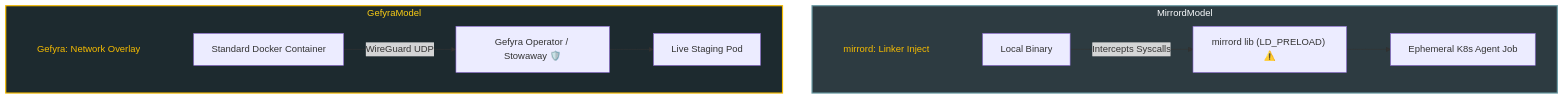
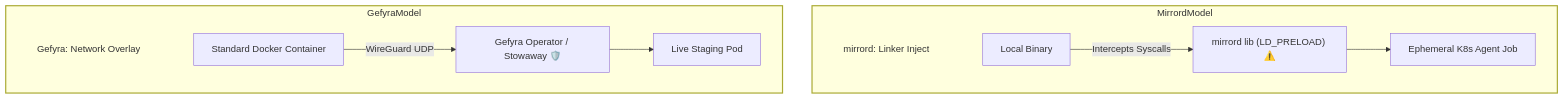
Before and after one commit to gefyrahq/gefyra: the diagram in gefyra-docs/content/en/7.comparisons/2.gefyra-vs-mirrord.md, drawn with Mermaid. The commit also changed 12 other files, not shown here.

Commit message:
feat(#MARKETING-1226): update theme and styling for Mermaid diagrams across documentation

````diff
--- a/gefyra-docs/content/en/7.comparisons/2.gefyra-vs-mirrord.md
+++ b/gefyra-docs/content/en/7.comparisons/2.gefyra-vs-mirrord.md
@@ -37,23 +37,23 @@
 ```mermaid
 flowchart TD
     subgraph MirrordModel
         direction LR
         MirrordTitle[["mirrord: Linker Inject"]] ~~~ LocalProcess["Local Binary"]
         LocalProcess -->|Intercepts Syscalls| HookLib["mirrord lib (LD_PRELOAD) ⚠️"]
         HookLib --> AgentJob["Ephemeral K8s Agent Job"]
     end
 
     subgraph GefyraModel
         direction LR
         GefyraTitle[["Gefyra: Network Overlay"]] ~~~ DockerContainer["Standard Docker Container"]
         DockerContainer -->|WireGuard UDP| StowawayGateway["Gefyra Operator / Stowaway 🛡️"]
         StowawayGateway --> RealPod["Live Staging Pod"]
     end
 
-    classDef groupTitle fill:transparent,stroke:none,color:#f6bc00;
-    classDef hook fill:#2d3b41,stroke:#6b9ba5,stroke-width:2px,color:#f8fafc;
-    classDef overlay fill:#1d2a2f,stroke:#f6bc00,stroke-width:2px,color:#facc15;
+    classDef groupTitle fill:transparent,stroke:none;
+    classDef hook stroke-width:2px;
+    classDef overlay stroke-width:2px;
     class MirrordTitle,GefyraTitle groupTitle;
     class MirrordModel hook;
     class GefyraModel overlay;
 ```
````
